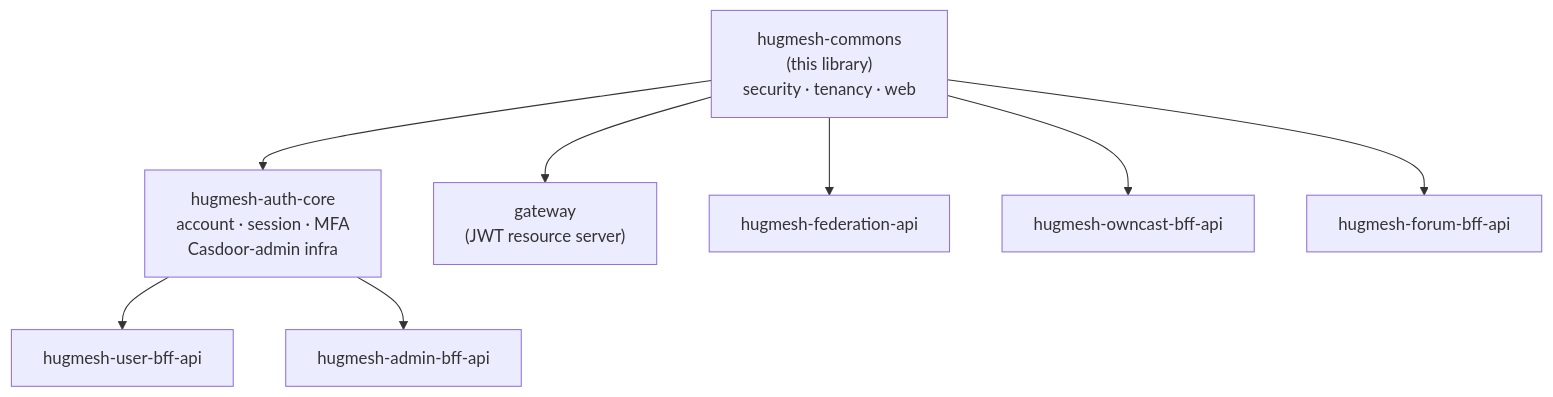
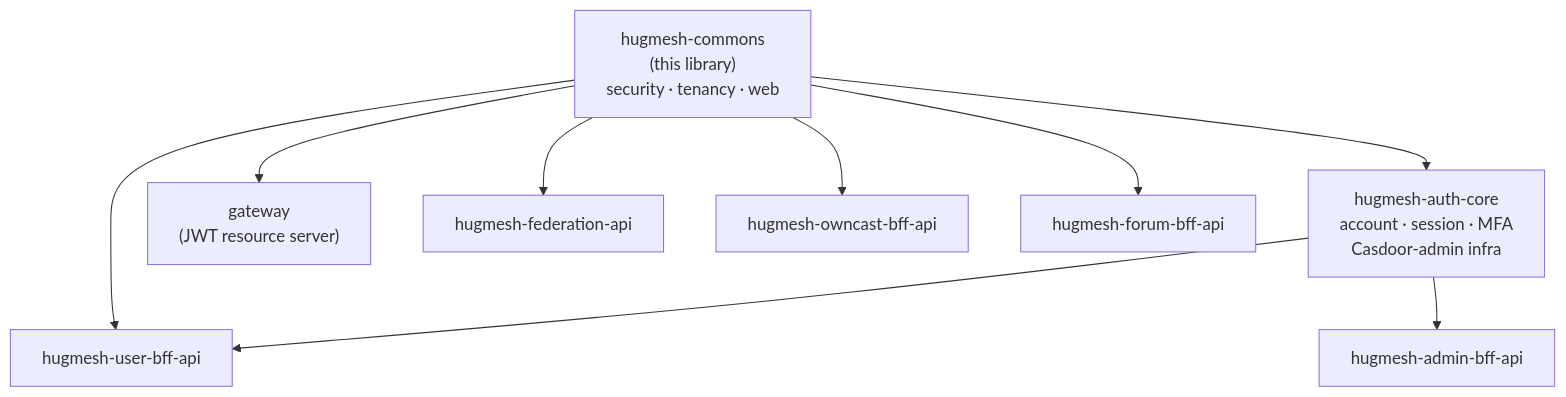
The first of 2 diagrams in README.md (hugmesh/hugmesh-commons), drawn with Mermaid before and after one commit. The commit also changed other lines of this file, not shown here.

First line of the commit message:
docs: HugMesh naming + status/feature/diagram refresh (#23)

````diff
--- a/README.md
+++ b/README.md
@@ -19,19 +19,20 @@
 ```mermaid
 flowchart TB
     commons["hugmesh-commons\n(this library)\nsecurity · tenancy · web"]
     auth_core["hugmesh-auth-core\naccount · session · MFA\nCasdoor-admin infra"]
     gateway["gateway\n(JWT resource server)"]
     federation["hugmesh-federation-api"]
     user_bff["hugmesh-user-bff-api"]
     admin_bff["hugmesh-admin-bff-api"]
     owncast_bff["hugmesh-owncast-bff-api"]
     forum_bff["hugmesh-forum-bff-api"]
 
     commons --> auth_core
     commons --> gateway
     commons --> federation
+    commons --> user_bff
     commons --> owncast_bff
     commons --> forum_bff
     auth_core --> user_bff
     auth_core --> admin_bff
 ```
````
